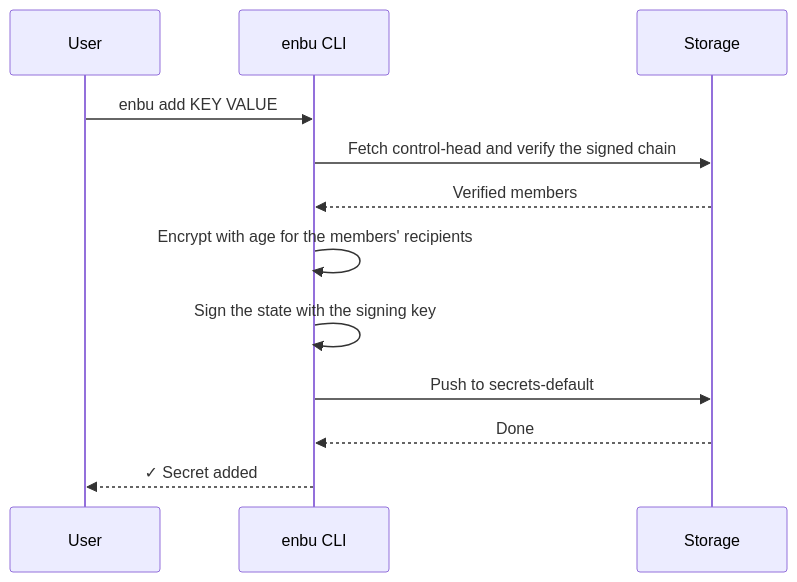
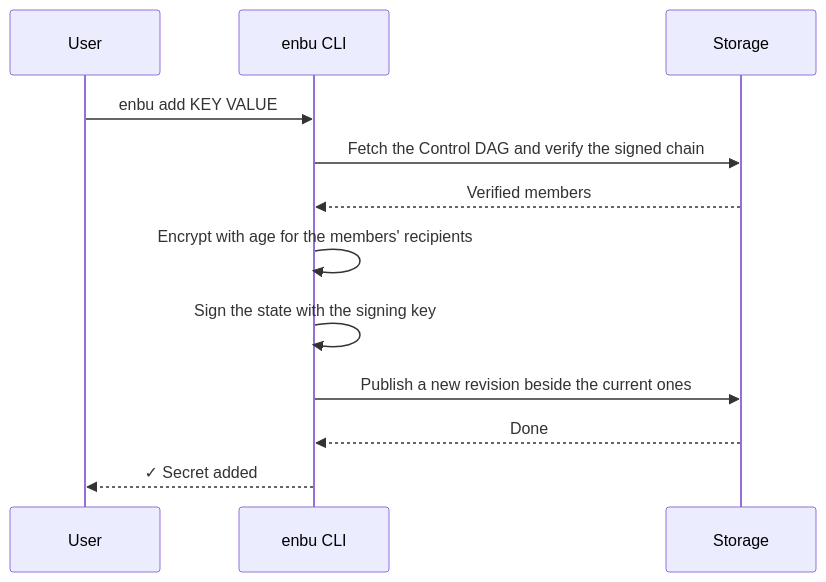
Before and after one commit to enbu-net/enbu: the second of 3 diagrams in README.md, drawn with Mermaid. The commit also changed other lines of this file and 3 other files, not shown here.

````diff
--- a/README.md
+++ b/README.md
@@ -291,15 +297,15 @@
 ```mermaid
 sequenceDiagram
     participant User
     participant CLI as enbu CLI
     participant GHCR as Storage
 
     User->>CLI: enbu add KEY VALUE
-    CLI->>GHCR: Fetch control-head and verify the signed chain
+    CLI->>GHCR: Fetch the Control DAG and verify the signed chain
     GHCR-->>CLI: Verified members
     CLI->>CLI: Encrypt with age for the members' recipients
     CLI->>CLI: Sign the state with the signing key
-    CLI->>GHCR: Push to secrets-default
+    CLI->>GHCR: Publish a new revision beside the current ones
     GHCR-->>CLI: Done
     CLI-->>User: ✓ Secret added
 ```
````
